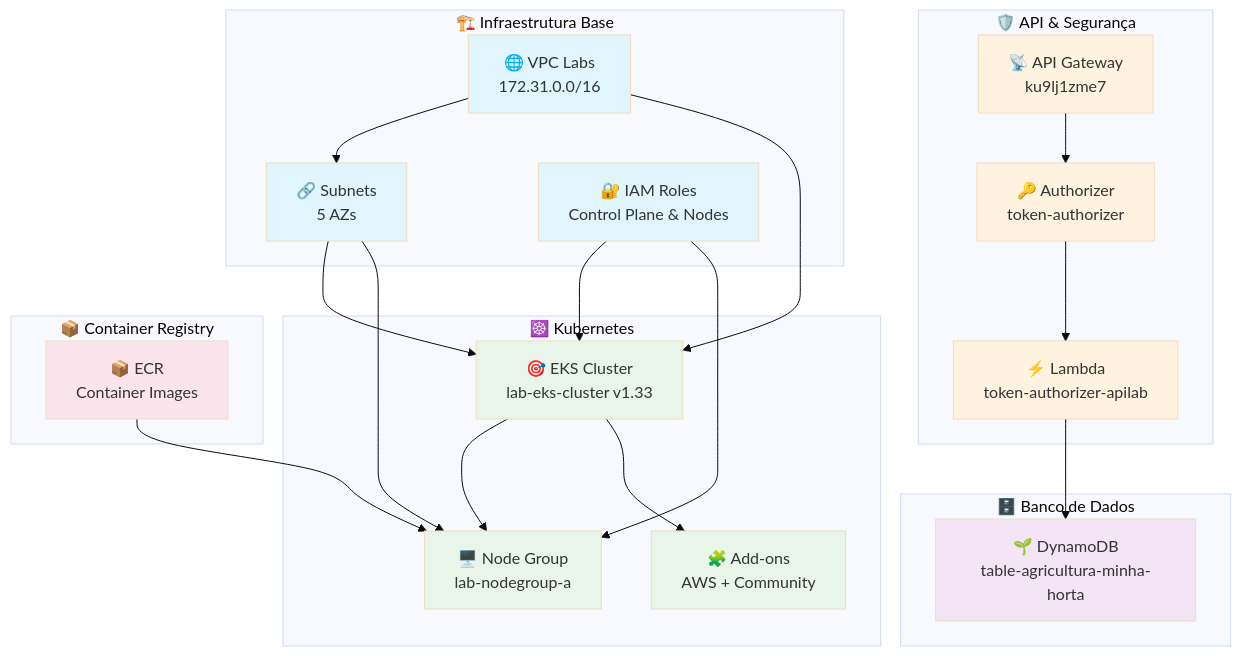
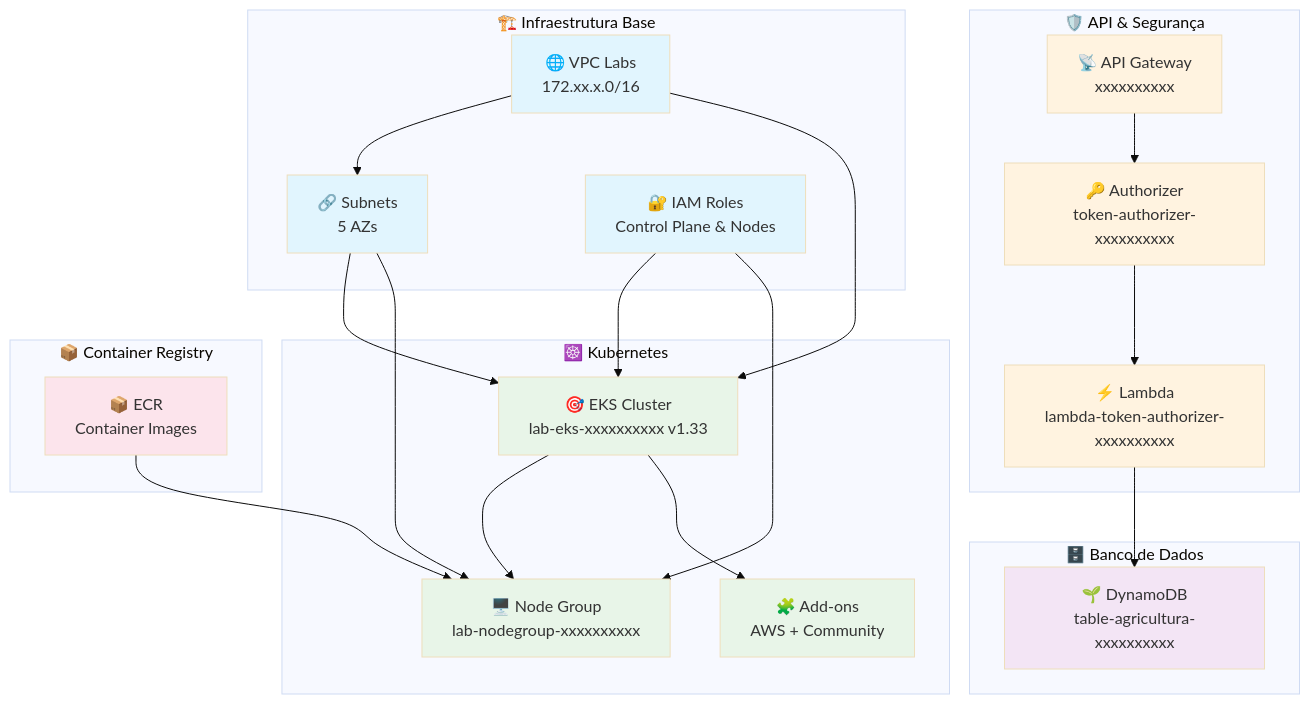
The diagram in README.md (jhegner/kubernetes-labs-infra-cloud-aws), drawn with Mermaid (base theme) before and after one commit. The commit also changed other lines of this file, not shown here.

````diff
--- a/README.md
+++ b/README.md
@@ -181,55 +181,55 @@
 ```mermaid
 graph TB
     subgraph "🏗️ Infraestrutura Base"
-        VPC[🌐 VPC Labs<br/>172.31.0.0/16]
+        VPC[🌐 VPC Labs<br/>172.xx.x.0/16]
         SUBNETS[🔗 Subnets<br/>5 AZs]
         ROLES[🔐 IAM Roles<br/>Control Plane & Nodes]
     end
     
     subgraph "🛡️ API & Segurança"
-        APIGW[📡 API Gateway<br/>ku9lj1zme7]
-        AUTH[🔑 Authorizer<br/>token-authorizer]
-        LAMBDA[⚡ Lambda<br/>token-authorizer-apilab]
+        APIGW[📡 API Gateway<br/>xxxxxxxxxx]
+        AUTH[🔑 Authorizer<br/>token-authorizer-xxxxxxxxxx]
+        LAMBDA[⚡ Lambda<br/>lambda-token-authorizer-xxxxxxxxxx]
     end
     
     subgraph "🗄️ Banco de Dados"
-        DYNAMO[🌱 DynamoDB<br/>table-agricultura-minha-horta]
+        DYNAMO[🌱 DynamoDB<br/>table-agricultura-xxxxxxxxxx]
     end
     
     subgraph "☸️ Kubernetes"
-        EKS[🎯 EKS Cluster<br/>lab-eks-cluster v1.33]
-        NODEGROUP[🖥️ Node Group<br/>lab-nodegroup-a]
+        EKS[🎯 EKS Cluster<br/>lab-eks-xxxxxxxxxx v1.33]
+        NODEGROUP[🖥️ Node Group<br/>lab-nodegroup-xxxxxxxxxx]
         ADDONS[🧩 Add-ons<br/>AWS + Community]
     end
     
     subgraph "📦 Container Registry"
         ECR[📦 ECR<br/>Container Images]
     end
     
     %% Dependências
     VPC --> SUBNETS
     VPC --> EKS
     SUBNETS --> EKS
     SUBNETS --> NODEGROUP
     ROLES --> EKS
     ROLES --> NODEGROUP
     EKS --> NODEGROUP
     EKS --> ADDONS
     APIGW --> AUTH
     AUTH --> LAMBDA
     LAMBDA --> DYNAMO
     ECR --> NODEGROUP
     
     %% Estilo
     classDef infra fill:#e1f5fe
     classDef api fill:#fff3e0
     classDef db fill:#f3e5f5
     classDef k8s fill:#e8f5e8
     classDef registry fill:#fce4ec
     
     class VPC,SUBNETS,ROLES infra
     class APIGW,AUTH,LAMBDA api
     class DYNAMO db
     class EKS,NODEGROUP,ADDONS k8s
     class ECR registry
 ```
````
